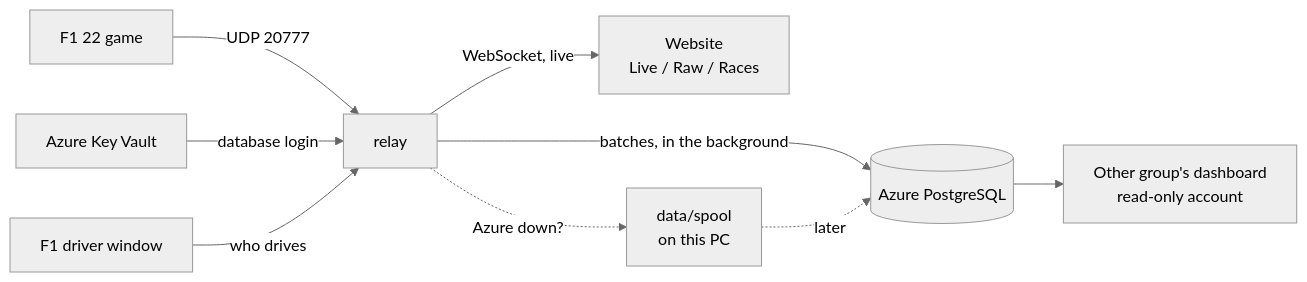
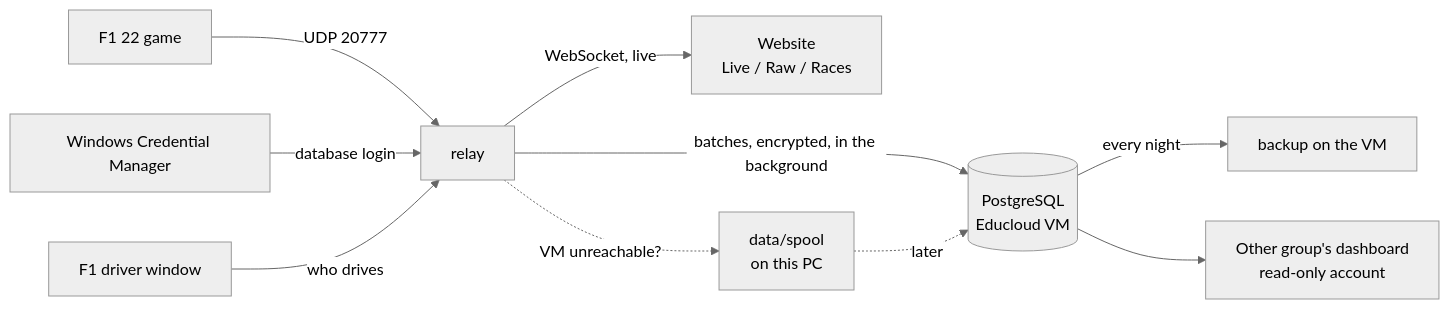
The diagram in README.md (PepijnIriks/f1-telemetry-relay), drawn with Mermaid (neutral theme) before and after one commit. The commit also changed other lines of this file and 4 other files, not shown here.

First line of the commit message:
Docs: database on Fontys Educloud instead of Azure (v1.3)

````diff
--- a/README.md
+++ b/README.md
@@ -37,10 +38,11 @@
 ```mermaid
 flowchart LR
     G[F1 22 game] -- UDP 20777 --> R[relay]
     R -- WebSocket, live --> W[Website<br/>Live / Raw / Races]
-    R -- batches, in the background --> DB[(Azure PostgreSQL)]
-    R -. Azure down? .-> S[data/spool<br/>on this PC] -. later .-> DB
-    KV[Azure Key Vault] -- database login --> R
+    R -- batches, encrypted, in the background --> DB[(PostgreSQL<br/>Educloud VM)]
+    R -. VM unreachable? .-> S[data/spool<br/>on this PC] -. later .-> DB
+    KV[Windows Credential Manager] -- database login --> R
+    DB -- every night --> B[backup on the VM]
     D[F1 driver window] -- who drives --> R
     DB --> O[Other group's dashboard<br/>read-only account]
 ```
````
